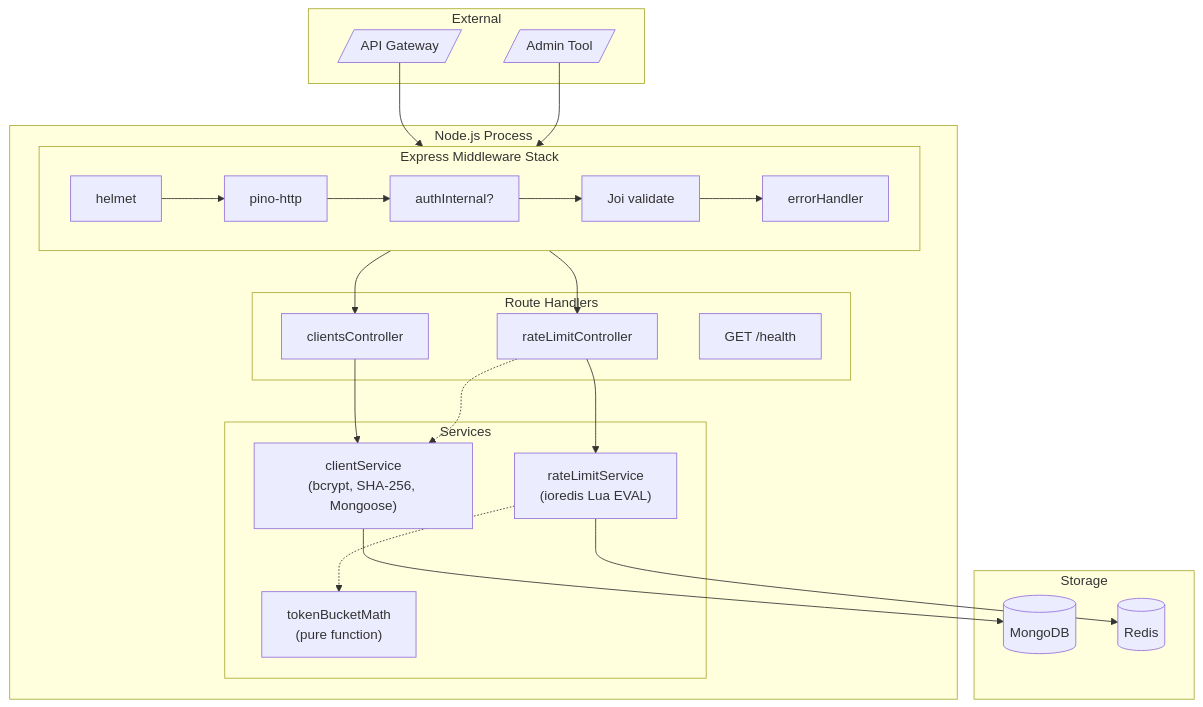
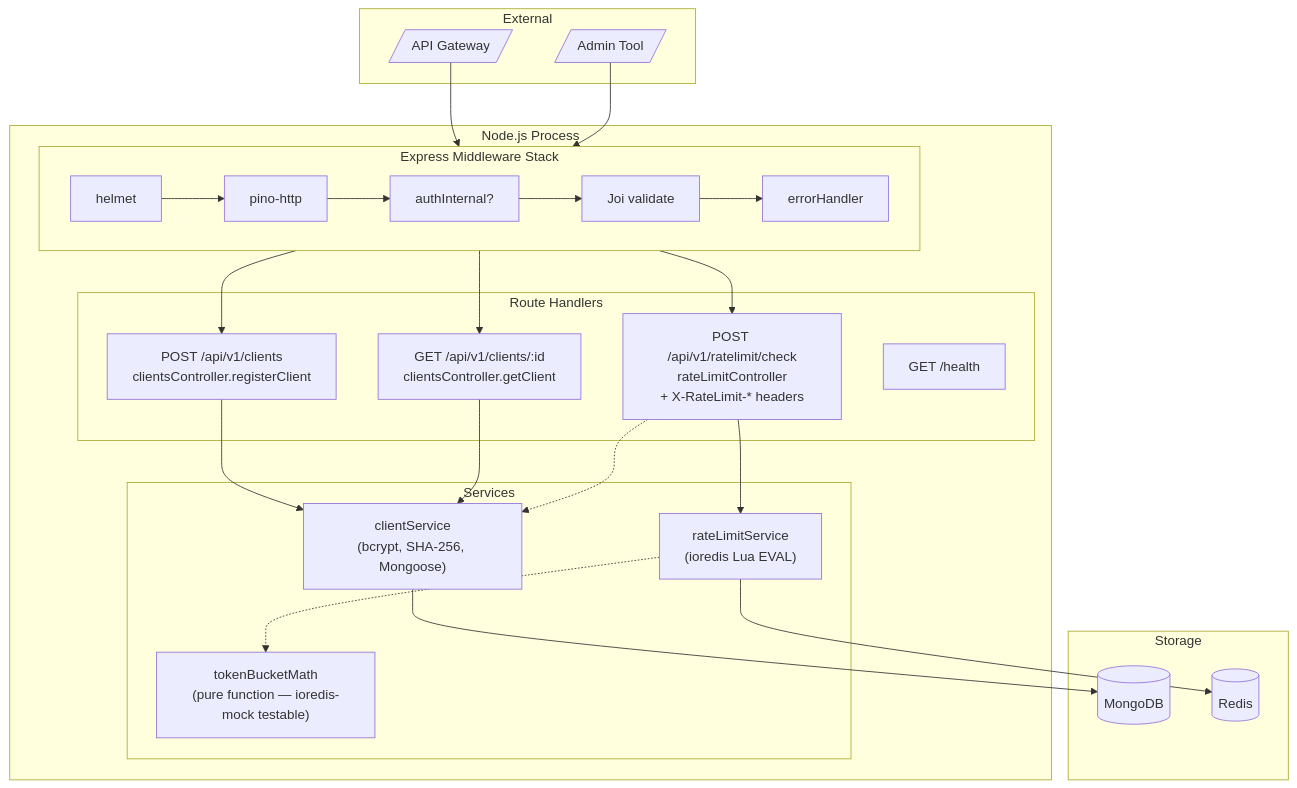
The sixth of 16 diagrams in projectdocumentation.md (ramalokeshreddyp/RateGuard), drawn with Mermaid before and after one commit. The commit also changed other lines of this file and 2 other files, not shown here.

Commit message:
docs: comprehensive rewrite of README, ARCHITECTURE, and projectdocumentation (v2.0) - 43 tests, GET /clients/:id, X-RateLimit-* headers, BCRYPT_ROUNDS, ioredis-mock, .dockerignore

````diff
--- a/projectdocumentation.md
+++ b/projectdocumentation.md
@@ -203,35 +210,36 @@
 ```mermaid
 flowchart TB
     subgraph External
         GW[/"API Gateway"/]
         ADM[/"Admin Tool"/]
     end
 
     subgraph Node["Node.js Process"]
         subgraph MW["Express Middleware Stack"]
             H["helmet"] --> P["pino-http"] --> A["authInternal?"] --> V["Joi validate"] --> EH["errorHandler"]
         end
 
         subgraph Core["Route Handlers"]
-            CC["clientsController"]
-            RC["rateLimitController"]
+            CC["POST /api/v1/clients\nclientsController.registerClient"]
+            GC["GET /api/v1/clients/:id\nclientsController.getClient"]
+            RC["POST /api/v1/ratelimit/check\nrateLimitController\n+ X-RateLimit-* headers"]
             HC["GET /health"]
         end
 
         subgraph SVC["Services"]
             CS["clientService\n(bcrypt, SHA-256, Mongoose)"]
             RLS["rateLimitService\n(ioredis Lua EVAL)"]
-            TBM["tokenBucketMath\n(pure function)"]
+            TBM["tokenBucketMath\n(pure function — ioredis-mock testable)"]
         end
     end
 
     subgraph Storage
         MDB[("MongoDB")]
         RDS[("Redis")]
     end
 
     GW --> MW --> RC --> RLS --> RDS
-    ADM --> MW --> CC --> CS --> MDB
+    ADM --> MW --> CC & GC --> CS --> MDB
     RC -.-> CS
     RLS -.-> TBM
 ```
````
